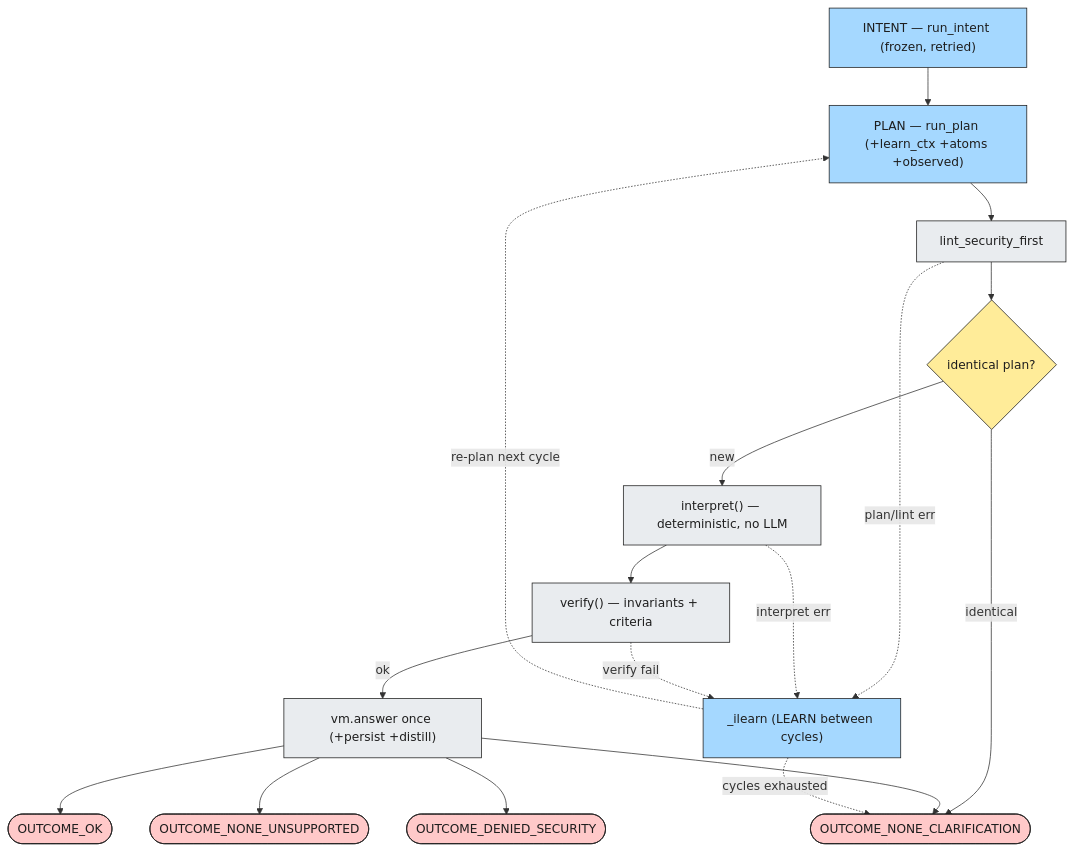
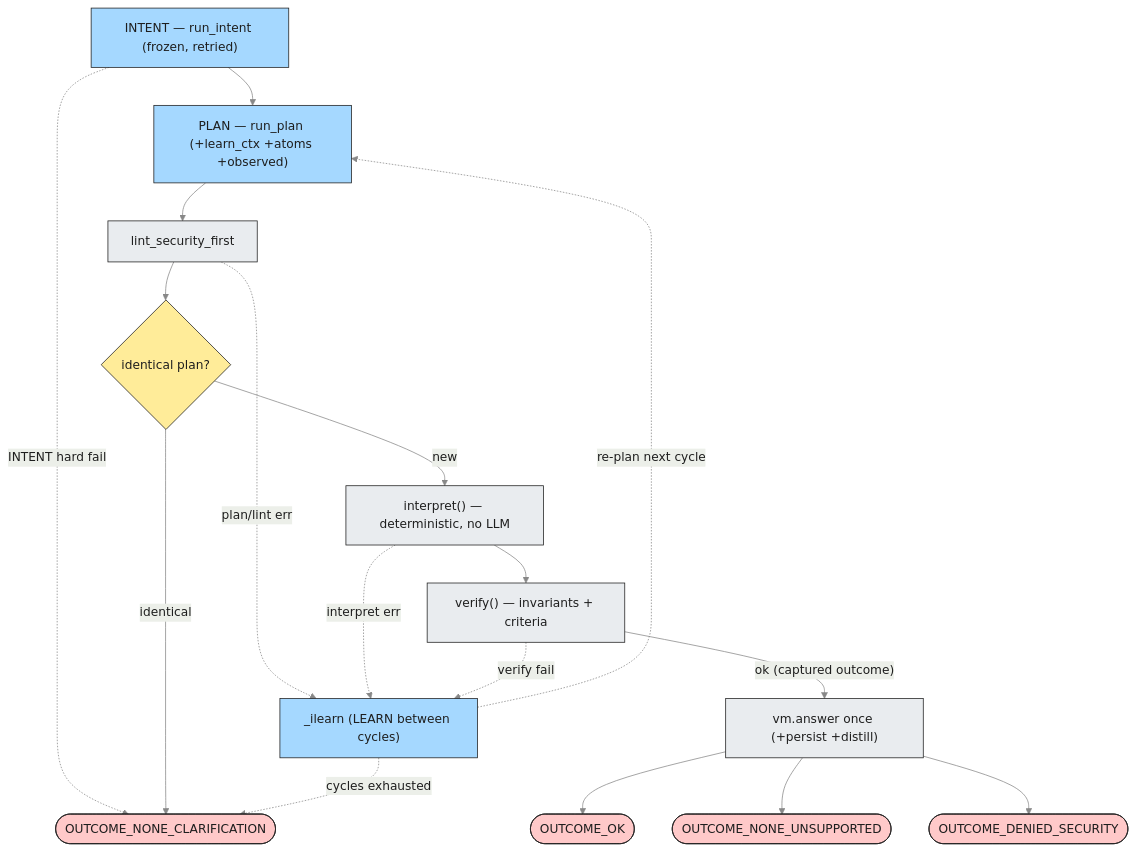
Before and after one commit to ikeniborn/ecom1-agent: the second of 5 diagrams in docs/architecture/agent-architecture-mermaid.md, drawn with Mermaid. The commit also changed other lines of this file and 13 other files, not shown here.

First line of the commit message:
docs(architecture): sync lat.md + mermaid to IR-only pipeline; drop dead SQL gate

````diff
--- a/docs/architecture/agent-architecture-mermaid.md
+++ b/docs/architecture/agent-architecture-mermaid.md
@@ -52,31 +52,33 @@
 ```mermaid
+%%{init: {'theme':'base','themeVariables':{'background':'transparent','lineColor':'#888888','primaryColor':'#e9ecef','primaryTextColor':'#1e1e1e','primaryBorderColor':'#1e1e1e'}}}%%
 flowchart TD
   classDef llm fill:#a5d8ff,stroke:#1e1e1e,color:#1e1e1e
   classDef gate fill:#e9ecef,stroke:#1e1e1e,color:#1e1e1e
   classDef branch fill:#ffec99,stroke:#1e1e1e,color:#1e1e1e
   classDef terminal fill:#ffc9c9,stroke:#1e1e1e,color:#1e1e1e
 
   intent["INTENT — run_intent (frozen, retried)"]:::llm
   plan["PLAN — run_plan (+learn_ctx +atoms +observed)"]:::llm
   lint["lint_security_first"]:::gate
   ident{"identical plan?"}:::branch
   interpret["interpret() — deterministic, no LLM"]:::gate
   verify["verify() — invariants + criteria"]:::gate
   answer["vm.answer once (+persist +distill)"]:::gate
   learn["_ilearn (LEARN between cycles)"]:::llm
   ok(["OUTCOME_OK"]):::terminal
   clar(["OUTCOME_NONE_CLARIFICATION"]):::terminal
   unsup(["OUTCOME_NONE_UNSUPPORTED"]):::terminal
   deny(["OUTCOME_DENIED_SECURITY"]):::terminal
 
+  intent -. "INTENT hard fail" .-> clar
   intent --> plan --> lint --> ident
   ident -- "new" --> interpret --> verify
   ident -- "identical" --> clar
-  verify -- "ok" --> answer
-  answer --> ok & clar & unsup & deny
+  verify -- "ok (captured outcome)" --> answer
+  answer --> ok & unsup & deny
   lint -. "plan/lint err" .-> learn
   interpret -. "interpret err" .-> learn
   verify -. "verify fail" .-> learn
   learn -. "re-plan next cycle" .-> plan
   learn -. "cycles exhausted" .-> clar
 ```
````
